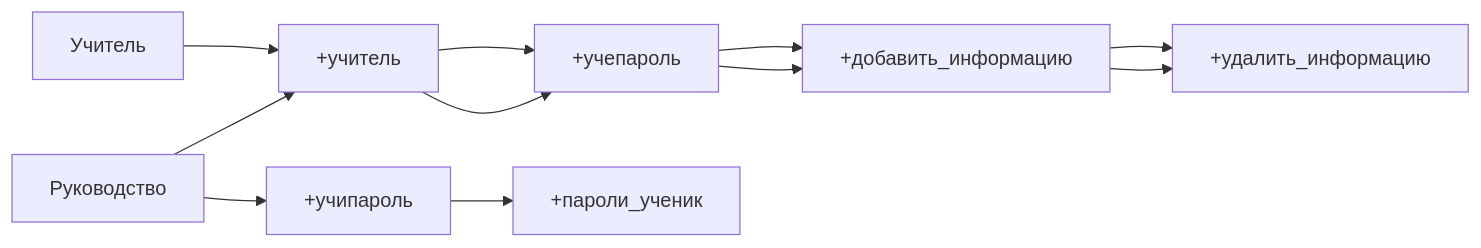
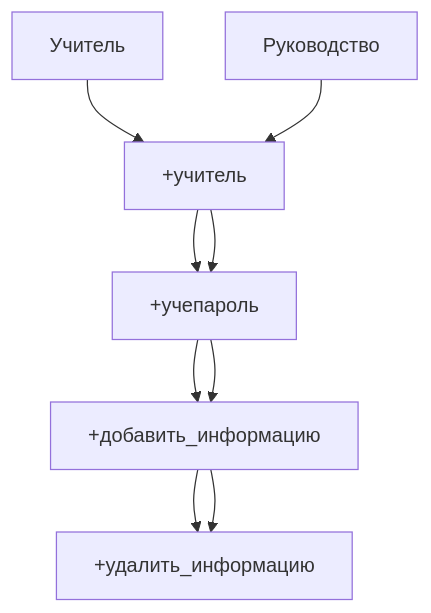
Before and after one commit to caffreyfizz/discord.py-platform-SIC: the diagram in README.md, drawn with Mermaid.

````diff
--- a/README.md
+++ b/README.md
@@ -113,7 +113,6 @@
 ```mermaid
-  graph LR;
-      Учитель-->+учитель-->+учепароль-->+добавить_информацию-->+удалить_информацию;
-      Руководство-->+учитель-->+учепароль-->+добавить_информацию-->+удалить_информацию;
-      Руководство-->+учипароль-->+пароли_ученик;
+  graph TB;
+  Учитель-->+учитель-->+учепароль-->+добавить_информацию-->+удалить_информацию;
+  Руководство-->+учитель-->+учепароль-->+добавить_информацию-->+удалить_информацию;
       
 ```
````
